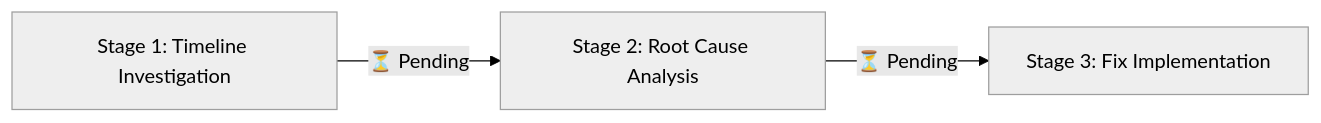
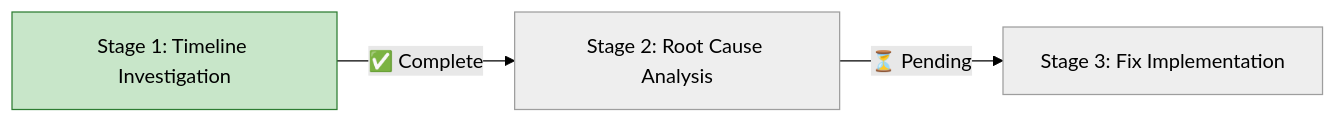
Before and after one commit to info-tech-io/hugo-templates: the diagram in docs/proposals/26-fix-failing-bats-unit-tests/progress.md, drawn with Mermaid (forest theme). The commit also changed other lines of this file and 1 other file, not shown here.

Commit message:
docs(issue-26): complete Stage 1 timeline investigation
- Update 001-progress.md with findings from Issue26.md analysis.
- Critical finding: Tests have been failing since their creation in commit 4ff828d.
- The problem is not a regression.
- Update main progress.md to reflect Stage 1 completion.

Related: #26

````diff
--- a/docs/proposals/26-fix-failing-bats-unit-tests/progress.md
+++ b/docs/proposals/26-fix-failing-bats-unit-tests/progress.md
@@ -5,13 +5,13 @@
 ```mermaid
 graph LR
-    A[Stage 1: Timeline Investigation] -->|⏳ Pending| B[Stage 2: Root Cause Analysis]
+    A[Stage 1: Timeline Investigation] -->|✅ Complete| B[Stage 2: Root Cause Analysis]
     B -->|⏳ Pending| C[Stage 3: Fix Implementation]
 
-    style A fill:#eeeeee,stroke:#9e9e9e
+    style A fill:#c8e6c9,stroke:#2e7d32
     style B fill:#eeeeee,stroke:#9e9e9e
     style C fill:#eeeeee,stroke:#9e9e9e
 
     click A "001-timeline-investigation.md"
     click B "002-root-cause-analysis.md"
     click C "003-fix-implementation.md"
 ```
````
